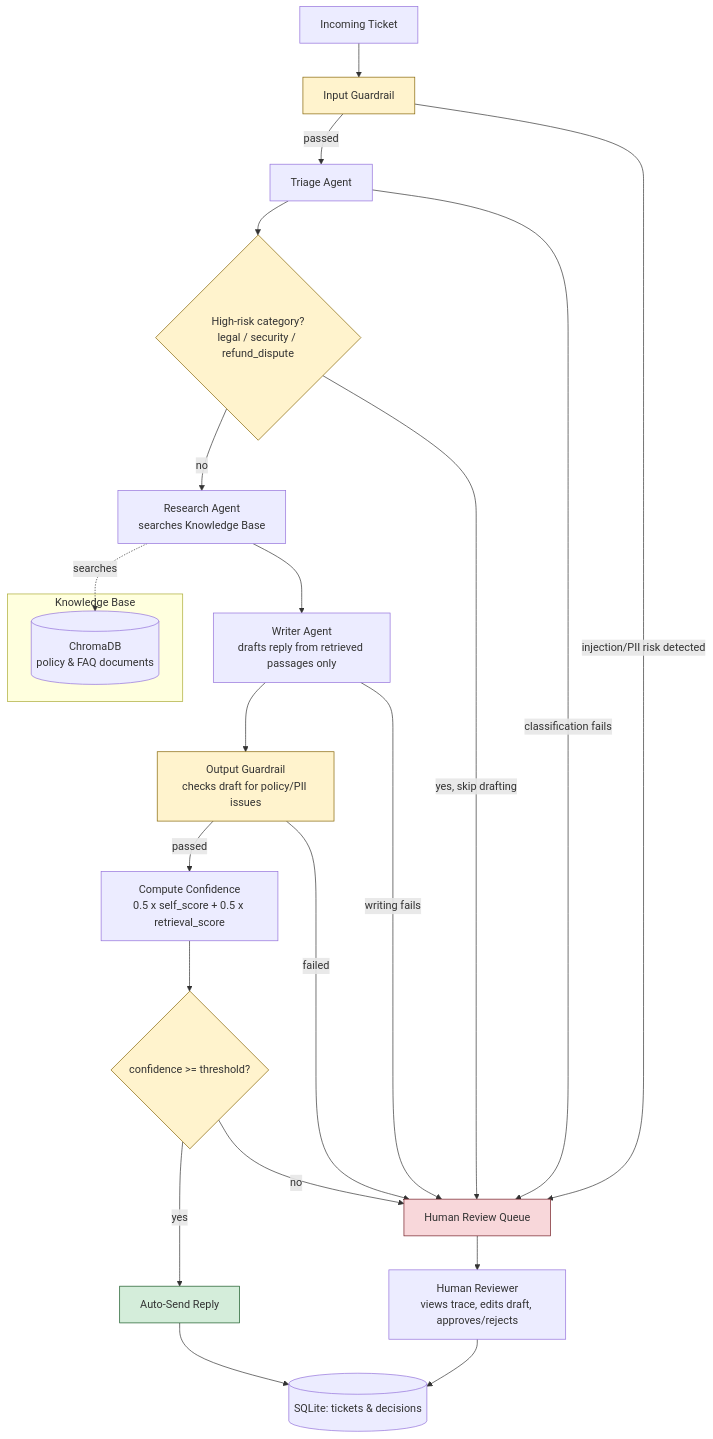
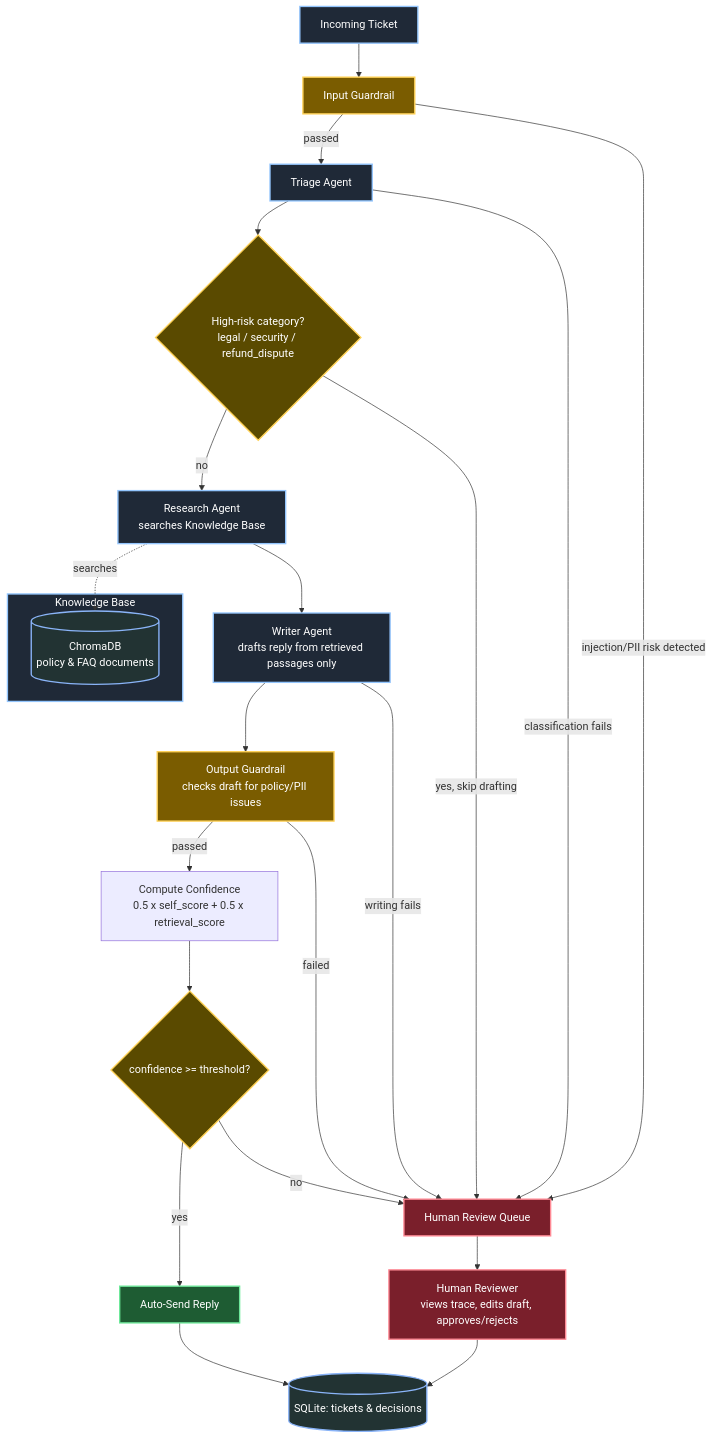
Before and after one commit to CloudFlamedev/Customer_Support_Agent: the diagram in README.md, drawn with Mermaid.

Commit message:
feat: Enhance flowchart styling in README.md for better clarity and visual distinction

````diff
--- a/README.md
+++ b/README.md
@@ -21,39 +21,46 @@
 ```mermaid
 flowchart TD
     A[Incoming Ticket] --> B[Input Guardrail]
     B -->|injection/PII risk detected| H[Human Review Queue]
     B -->|passed| C[Triage Agent]
 
     C -->|classification fails| H
     C --> D{High-risk category?<br/>legal / security / refund_dispute}
 
     D -->|yes, skip drafting| H
     D -->|no| E[Research Agent<br/>searches Knowledge Base]
 
     E --> F[Writer Agent<br/>drafts reply from retrieved passages only]
     F -->|writing fails| H
     F --> G[Output Guardrail<br/>checks draft for policy/PII issues]
 
     G -->|failed| H
     G -->|passed| I[Compute Confidence<br/>0.5 x self_score + 0.5 x retrieval_score]
 
     I --> J{confidence >= threshold?}
     J -->|yes| K[Auto-Send Reply]
     J -->|no| H
 
     H --> L[Human Reviewer<br/>views trace, edits draft, approves/rejects]
     L --> M[(SQLite: tickets & decisions)]
     K --> M
 
     subgraph KB[Knowledge Base]
         N[(ChromaDB<br/>policy & FAQ documents)]
     end
     E -.searches.-> N
 
-    style B fill:#fff3cd,stroke:#856404
-    style G fill:#fff3cd,stroke:#856404
-    style H fill:#f8d7da,stroke:#721c24
-    style K fill:#d4edda,stroke:#155724
-    style D fill:#fff3cd,stroke:#856404
-    style J fill:#fff3cd,stroke:#856404
+    classDef guardrail fill:#7a5c00,stroke:#ffd257,stroke-width:2px,color:#fff
+    classDef decision fill:#5a4a00,stroke:#ffd257,stroke-width:2px,color:#fff
+    classDef human fill:#7a1f2b,stroke:#ff8a95,stroke-width:2px,color:#fff
+    classDef success fill:#1e5c33,stroke:#6ee89a,stroke-width:2px,color:#fff
+    classDef store fill:#233,stroke:#8ab4f8,stroke-width:2px,color:#fff
+    classDef agent fill:#1f2937,stroke:#93c5fd,stroke-width:2px,color:#fff
+
+    class B,G guardrail
+    class D,J decision
+    class H,L human
+    class K success
+    class M,N store
+    class A,C,E,F,KB agent
 ```
````
